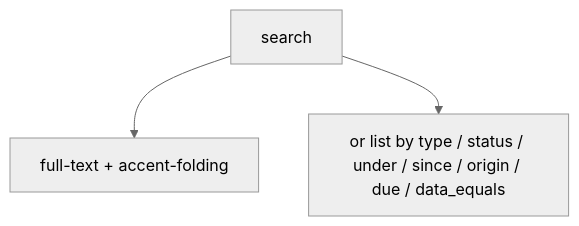
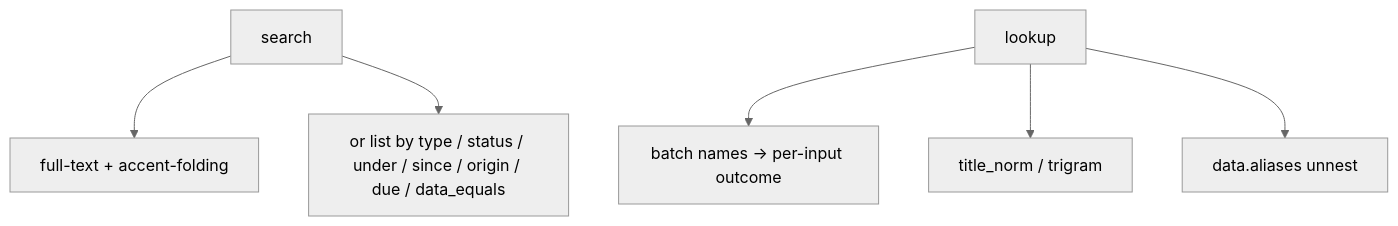
One commit to dgraziosi/foundation changed the seventh of 10 diagrams in docs/ARCHITECTURE.md. Above: the diagram before and after it, drawn with Mermaid (neutral theme). The commit also changed other lines of this file and 31 other files, not shown here.

````diff
--- a/docs/ARCHITECTURE.md
+++ b/docs/ARCHITECTURE.md
@@ -178,6 +181,10 @@
 ```mermaid
 flowchart TB
   search_box["search"]
   search_box --> fts["full-text + accent-folding"]
   search_box --> list_or_filter["or list by type / status / under / since / origin / due / data_equals"]
+  lookup_box["lookup"]
+  lookup_box --> names["batch names → per-input outcome"]
+  lookup_box --> title_idx["title_norm / trigram"]
+  lookup_box --> aliases["data.aliases unnest"]
 ```
````
